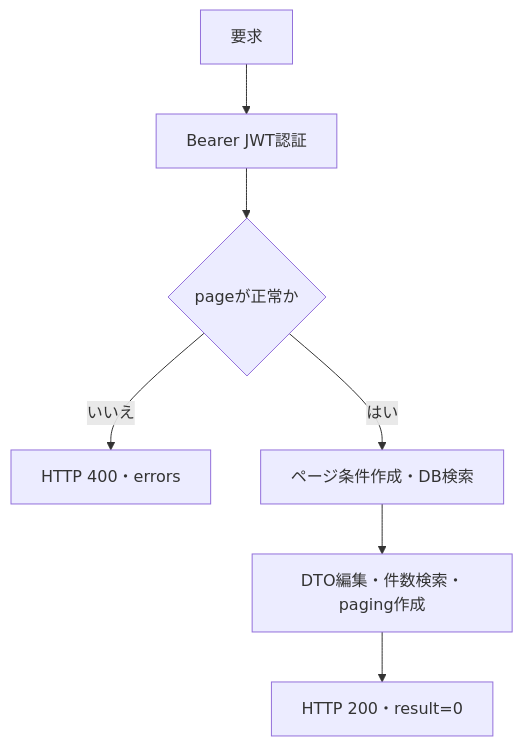
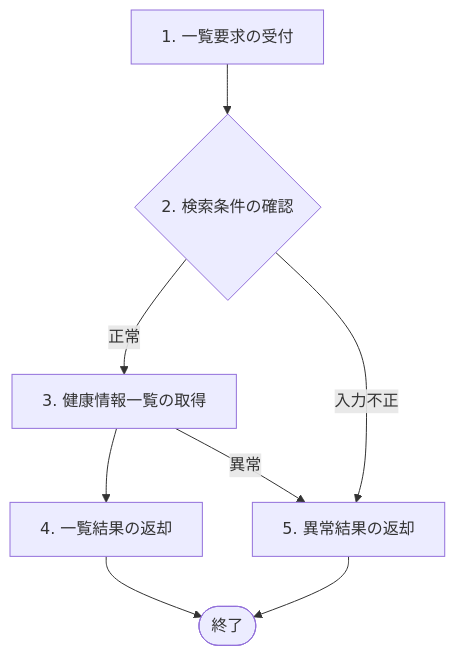
One commit to kohei-okazaki/work-3g changed the second of 2 diagrams in ha-docs/design/05_rootapi/設計書_5.5.1.健康情報一覧取得API.md. Above: the diagram before and after it, drawn with Mermaid. The commit also changed other lines of this file and 67 other files, not shown here.

````diff
--- a/ha-docs/design/05_rootapi/設計書_5.5.1.健康情報一覧取得API.md
+++ b/ha-docs/design/05_rootapi/設計書_5.5.1.健康情報一覧取得API.md
@@ -21,9 +148,15 @@
 ```mermaid
 flowchart TD
-    A["要求"] --> B["Bearer JWT認証"]
-    B --> C{"pageが正常か"}
-    C -->|いいえ| E["HTTP 400・errors"]
-    C -->|はい| D["ページ条件作成・DB検索"]
-    D --> F["DTO編集・件数検索・paging作成"]
-    F --> G["HTTP 200・result=0"]
+    N1["1. 一覧要求の受付"]
+    N2{"2. 検索条件の確認"}
+    N3["3. 健康情報一覧の取得"]
+    N4["4. 一覧結果の返却"]
+    N5["5. 異常結果の返却"]
+    N1 --> N2
+    N2 -->|正常| N3
+    N2 -->|入力不正| N5
+    N3 --> N4
+    N3 -->|異常| N5
+    N4 --> End(["終了"])
+    N5 --> End
 ```
````
